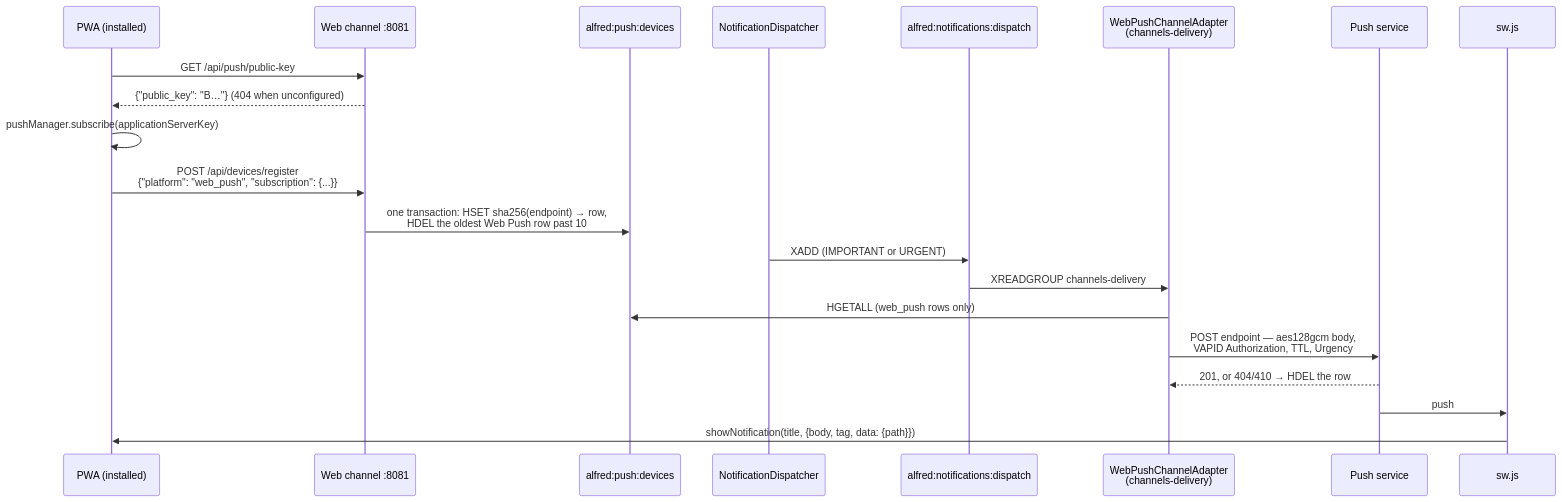
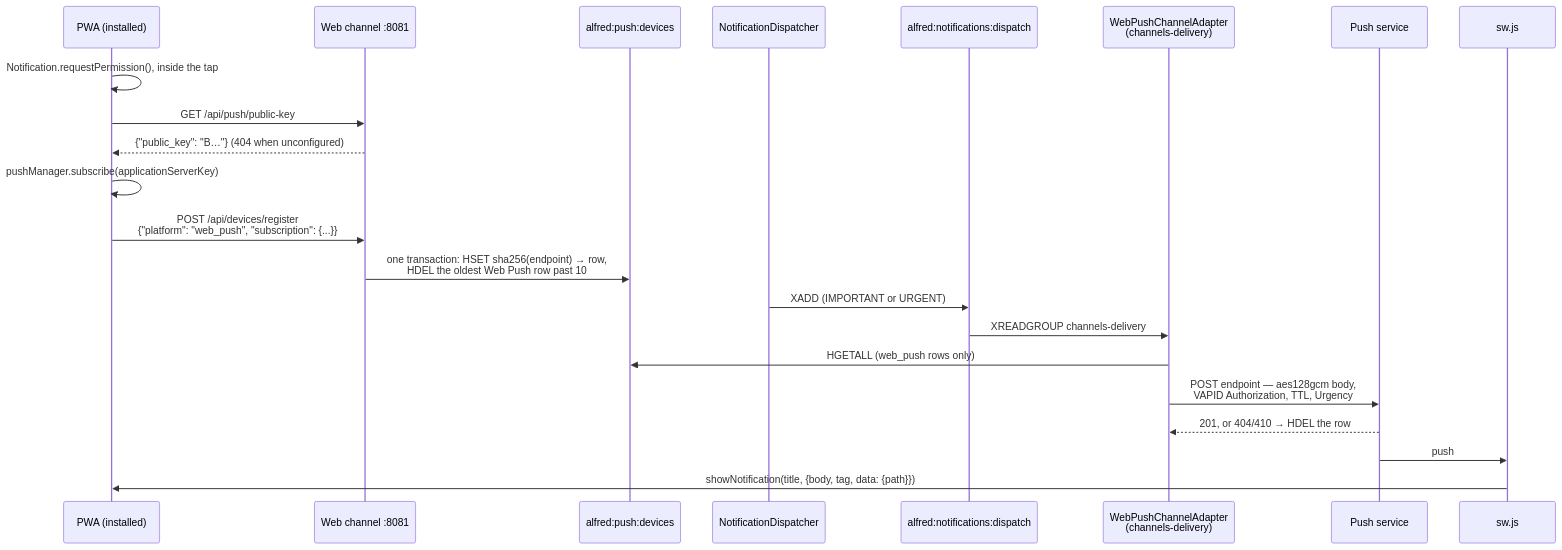
Before and after one commit to anirudhlath/alfred: the diagram in docs/web-push.md, drawn with Mermaid. The commit also changed other lines of this file and 3 other files, not shown here.

````diff
--- a/docs/web-push.md
+++ b/docs/web-push.md
@@ -27,24 +27,25 @@
 ```mermaid
 sequenceDiagram
     participant Phone as PWA (installed)
     participant Web as Web channel :8081
     participant Hash as alfred:push:devices
     participant Disp as NotificationDispatcher
     participant Stream as alfred:notifications:dispatch
     participant Adapter as WebPushChannelAdapter<br/>(channels-delivery)
     participant PS as Push service
     participant SW as sw.js
 
+    Phone->>Phone: Notification.requestPermission(), inside the tap
     Phone->>Web: GET /api/push/public-key
     Web-->>Phone: {"public_key": "B…"} (404 when unconfigured)
     Phone->>Phone: pushManager.subscribe(applicationServerKey)
     Phone->>Web: POST /api/devices/register<br/>{"platform": "web_push", "subscription": {...}}
     Web->>Hash: one transaction: HSET sha256(endpoint) → row,<br/>HDEL the oldest Web Push row past 10
     Disp->>Stream: XADD (IMPORTANT or URGENT)
     Stream->>Adapter: XREADGROUP channels-delivery
     Adapter->>Hash: HGETALL (web_push rows only)
     Adapter->>PS: POST endpoint — aes128gcm body,<br/>VAPID Authorization, TTL, Urgency
     PS-->>Adapter: 201, or 404/410 → HDEL the row
     PS->>SW: push
     SW->>Phone: showNotification(title, {body, tag, data: {path}})
 ```
````
